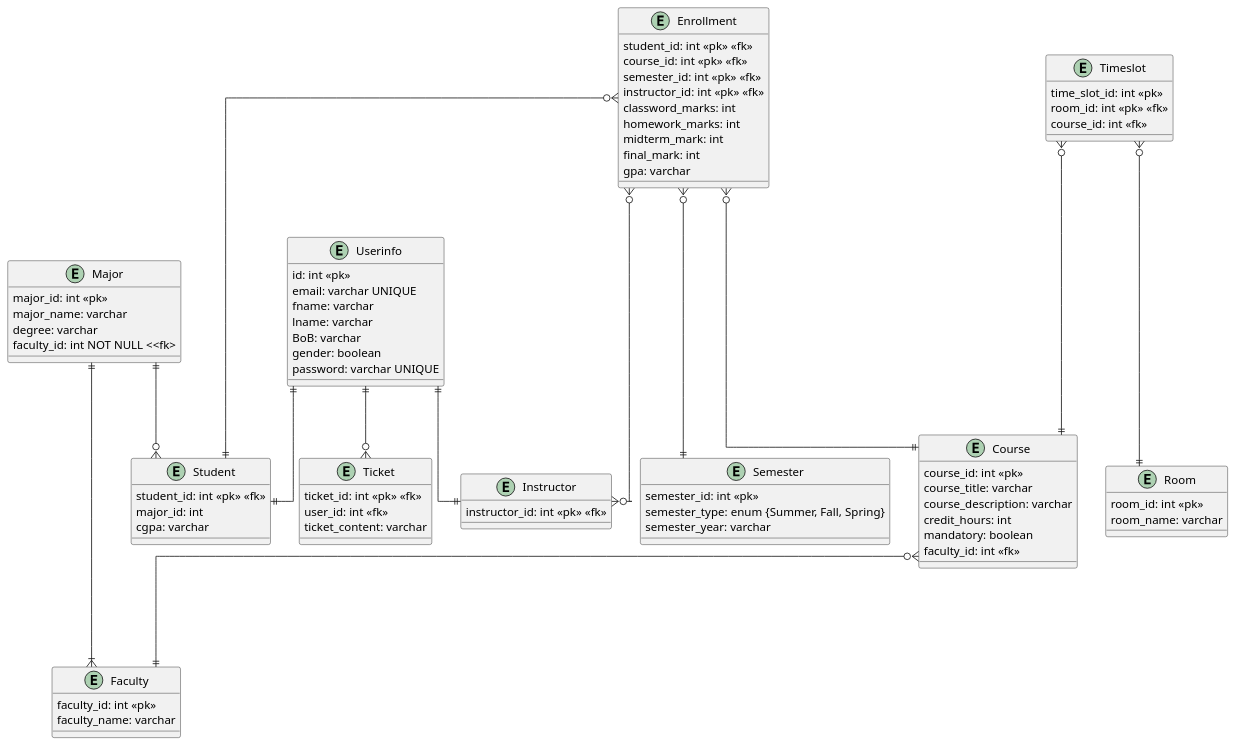
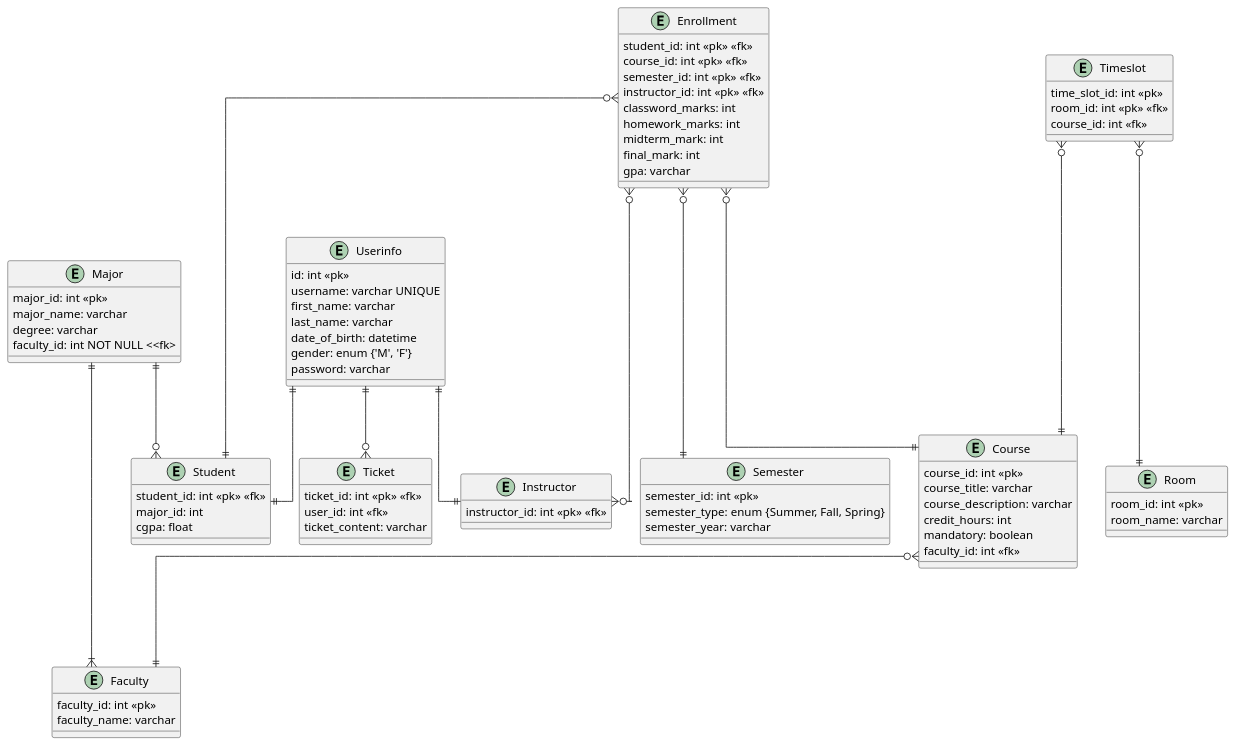
One commit to Mo2men66/project-sis changed the diagram in docs/erd.pu. Above: the diagram before and after it, drawn with PlantUML.

Commit message:
docs: erd: rename some stuff

```diff
--- a/docs/erd.pu
+++ b/docs/erd.pu
@@ -1,98 +1,98 @@
 @startuml
 
 skinparam linetype ortho
 
 Entity Userinfo {
     id: int <<pk>>
-    email: varchar UNIQUE
-    fname: varchar
-    lname: varchar
-    BoB: varchar
-    gender: boolean
-    password: varchar UNIQUE
+    username: varchar UNIQUE
+    first_name: varchar
+    last_name: varchar
+    date_of_birth: datetime
+    gender: enum {'M', 'F'}
+    password: varchar
 }
 
 Entity Student {
     student_id: int <<pk>> <<fk>>
     major_id: int
-    cgpa: varchar
+    cgpa: float
 }
 
 Entity Instructor {
     instructor_id: int <<pk>> <<fk>>
 }
 
 Entity Ticket {
     ticket_id: int <<pk>> <<fk>>
     user_id: int <<fk>>
     ticket_content: varchar
 }
 
 Entity Semester {
     semester_id: int <<pk>>
     semester_type: enum {Summer, Fall, Spring}
     semester_year: varchar
 }
 
 Entity Enrollment {
     student_id: int <<pk>> <<fk>>
     course_id: int <<pk>> <<fk>>
     semester_id: int <<pk>> <<fk>>
     instructor_id: int <<pk>> <<fk>>
     classword_marks: int
     homework_marks: int
     midterm_mark: int
     final_mark: int
     gpa: varchar
 }
 
 Entity Faculty {
     faculty_id: int <<pk>>
     faculty_name: varchar
 }
 
 Entity Major {
     major_id: int <<pk>>
     major_name: varchar
     degree: varchar
     faculty_id: int NOT NULL <<fk>
 
 }
 
 Entity Timeslot {
     time_slot_id: int <<pk>>
     room_id: int <<pk>> <<fk>>
     course_id: int <<fk>>
 
 }
 
 Entity Room {
     room_id: int <<pk>>
     room_name: varchar
 
 }
 
 Entity Course {
     course_id: int <<pk>>
     course_title: varchar
     course_description: varchar
     credit_hours: int
     mandatory: boolean
     faculty_id: int <<fk>>
 
 }
 
 Userinfo ||--|| Instructor
 Userinfo ||--|| Student
 Userinfo ||--o{ Ticket
 Major ||--o{ Student
 Major ||--|{ Faculty
 Enrollment }o---o{ Instructor
 Enrollment }o---|| Student
 Enrollment }o---|| Course
 Enrollment }o---|| Semester
 Course }o---|| Faculty
 Timeslot }o---|| Room
 Timeslot }o---|| Course
 
 @enduml
```
